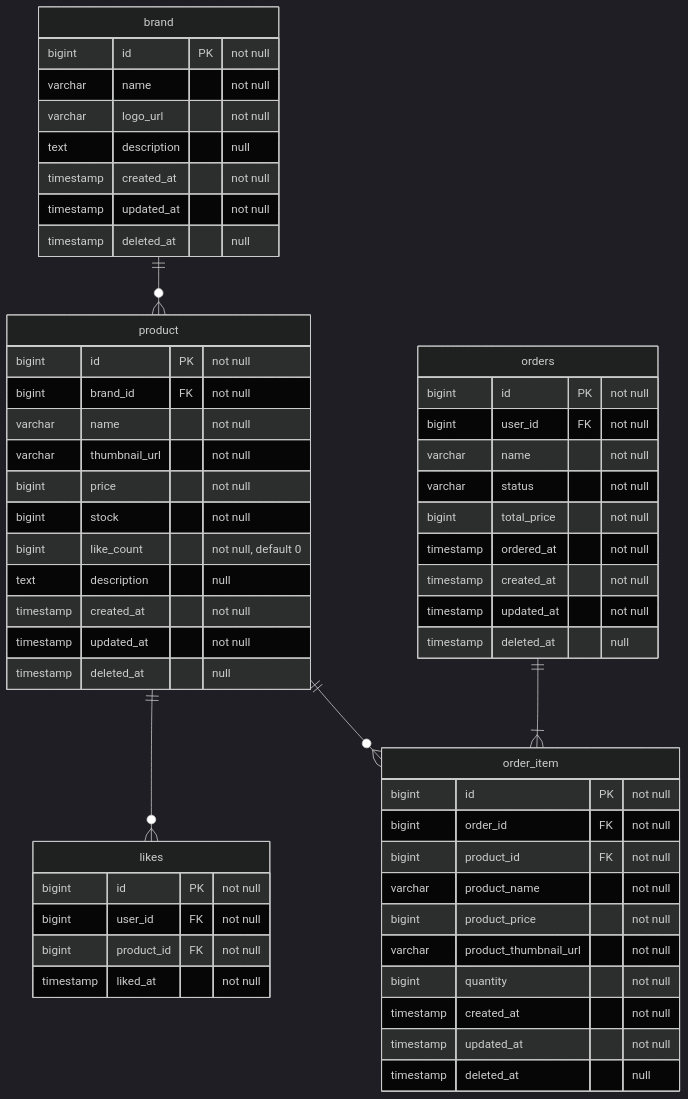
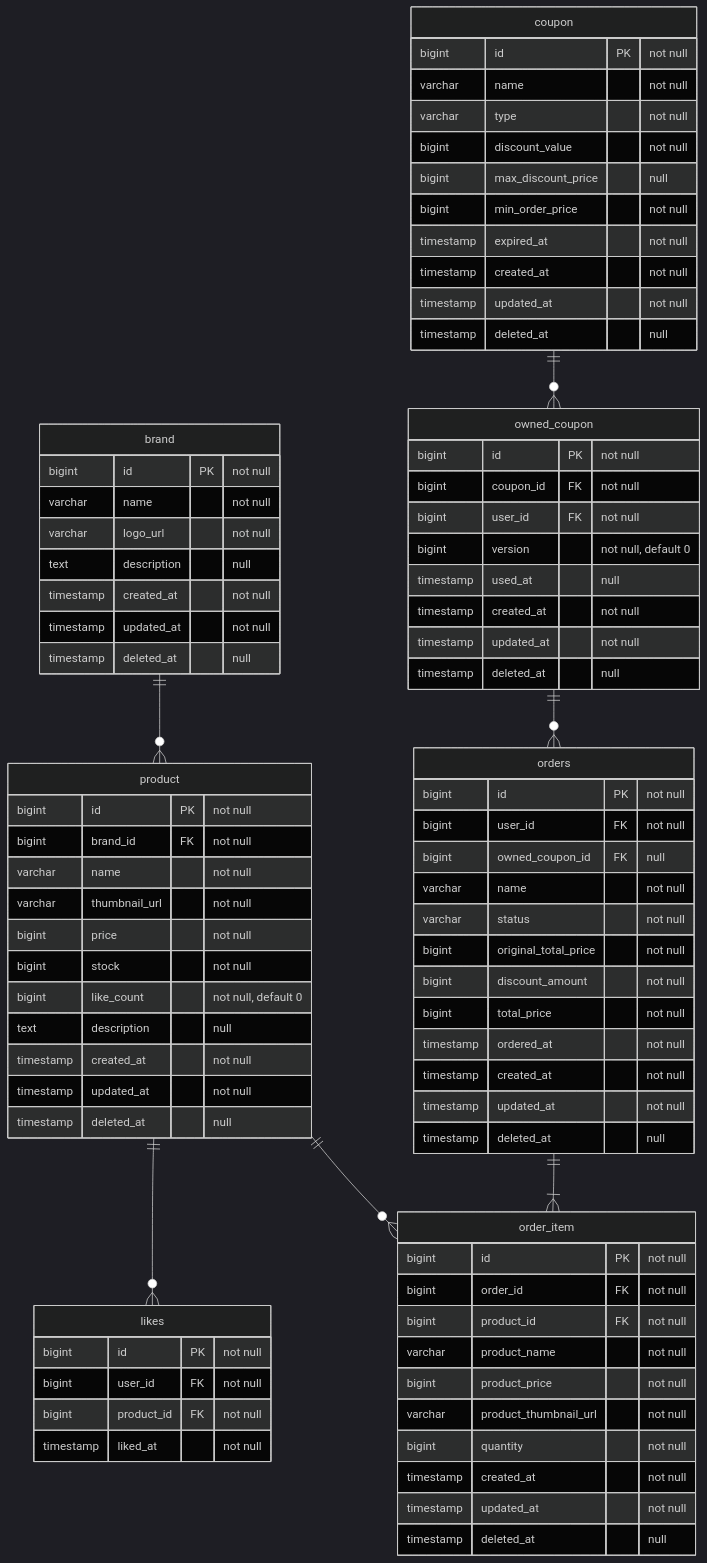
Before and after one commit to Loopers-dev-lab/loop-pack-be-l2-vol3-java: the diagram in .docs/design/04-erd.md, drawn with Mermaid (dark theme). The commit also changed other lines of this file and 130 other files, not shown here.

````diff
--- a/.docs/design/04-erd.md
+++ b/.docs/design/04-erd.md
@@ -50,11 +50,38 @@
         timestamp liked_at "not null"
     }
     
+    coupon {
+        bigint id PK "not null"
+        varchar name "not null"
+        varchar type "not null"
+        bigint discount_value "not null"
+        bigint max_discount_price "null"
+        bigint min_order_price "not null"
+        timestamp expired_at "not null"
+        timestamp created_at "not null"
+        timestamp updated_at "not null"
+        timestamp deleted_at "null"
+    }
+
+    owned_coupon {
+        bigint id PK "not null"
+        bigint coupon_id FK "not null"
+        bigint user_id FK "not null"
+        bigint version "not null, default 0"
+        timestamp used_at "null"
+        timestamp created_at "not null"
+        timestamp updated_at "not null"
+        timestamp deleted_at "null"
+    }
+
     orders {
         bigint id PK "not null"
         bigint user_id FK "not null"
+        bigint owned_coupon_id FK "null"
         varchar name "not null"
         varchar status "not null"
+        bigint original_total_price "not null"
+        bigint discount_amount "not null"
         bigint total_price "not null"
         timestamp ordered_at "not null"
         timestamp created_at "not null"
@@ -79,4 +106,6 @@
     product ||--o{ likes: ""
     product ||--o{ order_item: ""
     orders ||--|{ order_item: ""
+    owned_coupon ||--o{ orders: ""
+    coupon ||--o{ owned_coupon: ""
 ```
````
